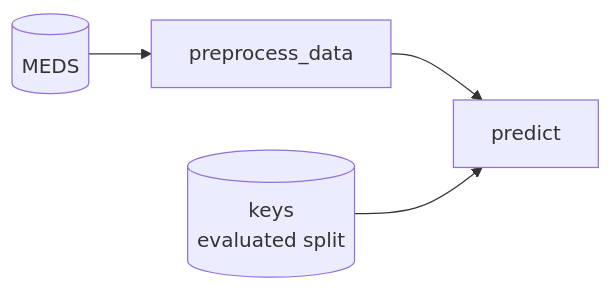
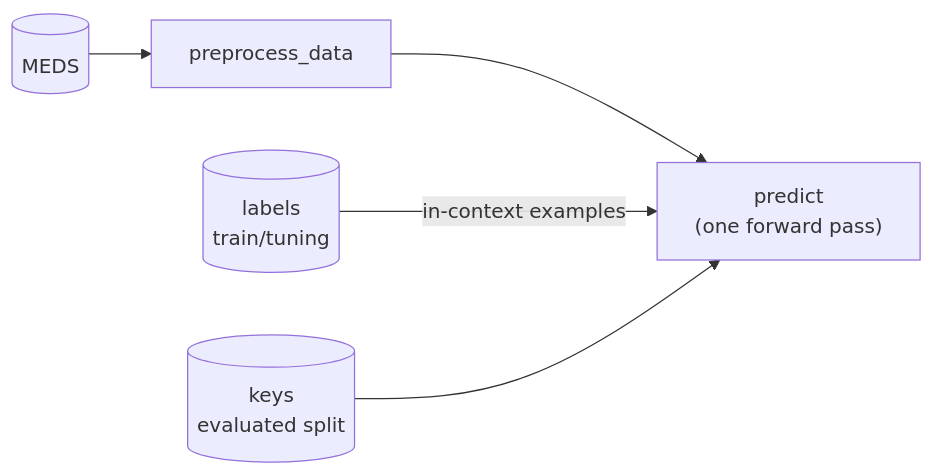
Before and after one commit to McDermottHealthAI/MEDS_algorithm_template: the seventh of 7 diagrams in docs/profiles.md, drawn with Mermaid. The commit also changed other lines of this file and 6 other files, not shown here.

````diff
--- a/docs/profiles.md
+++ b/docs/profiles.md
@@ -143,5 +152,6 @@
 ```mermaid
 flowchart LR
-    d[(MEDS)] --> pp[preprocess_data] --> pr[predict]
+    d[(MEDS)] --> pp[preprocess_data] --> pr["predict<br/>(one forward pass)"]
+    ctx[(labels<br/>train/tuning)] -- in-context examples --> pr
     keys[(keys<br/>evaluated split)] --> pr
 ```
````
